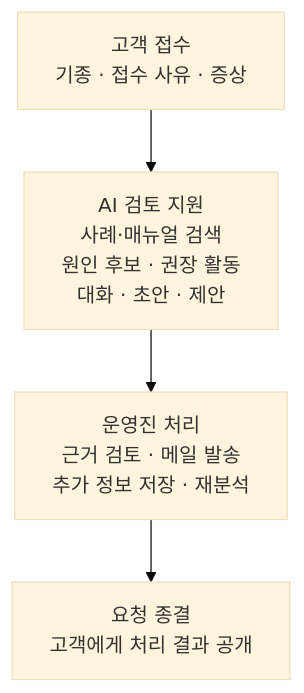
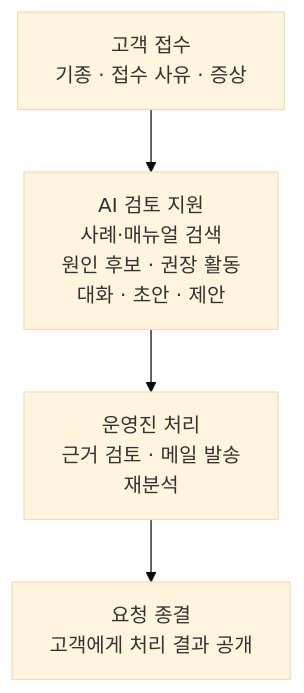
The first of 6 diagrams in README.md (lgd12345/M2-1_codyssey_Final_Project), drawn with Mermaid (base theme) before and after one commit. The commit also changed other lines of this file and 34 other files, not shown here.

````diff
--- a/README.md
+++ b/README.md
@@ -30,7 +34,7 @@
 ```mermaid
 flowchart TD
     C["고객 접수<br/>기종 · 접수 사유 · 증상"] --> A
     A["AI 검토 지원<br/>사례·매뉴얼 검색<br/>원인 후보 · 권장 활동<br/>대화 · 초안 · 제안"] --> O
-    O["운영진 처리<br/>근거 검토 · 메일 발송<br/>추가 정보 저장 · 재분석"] --> D
+    O["운영진 처리<br/>근거 검토 · 메일 발송<br/>재분석"] --> D
     D["요청 종결<br/>고객에게 처리 결과 공개"]
 ```
````
